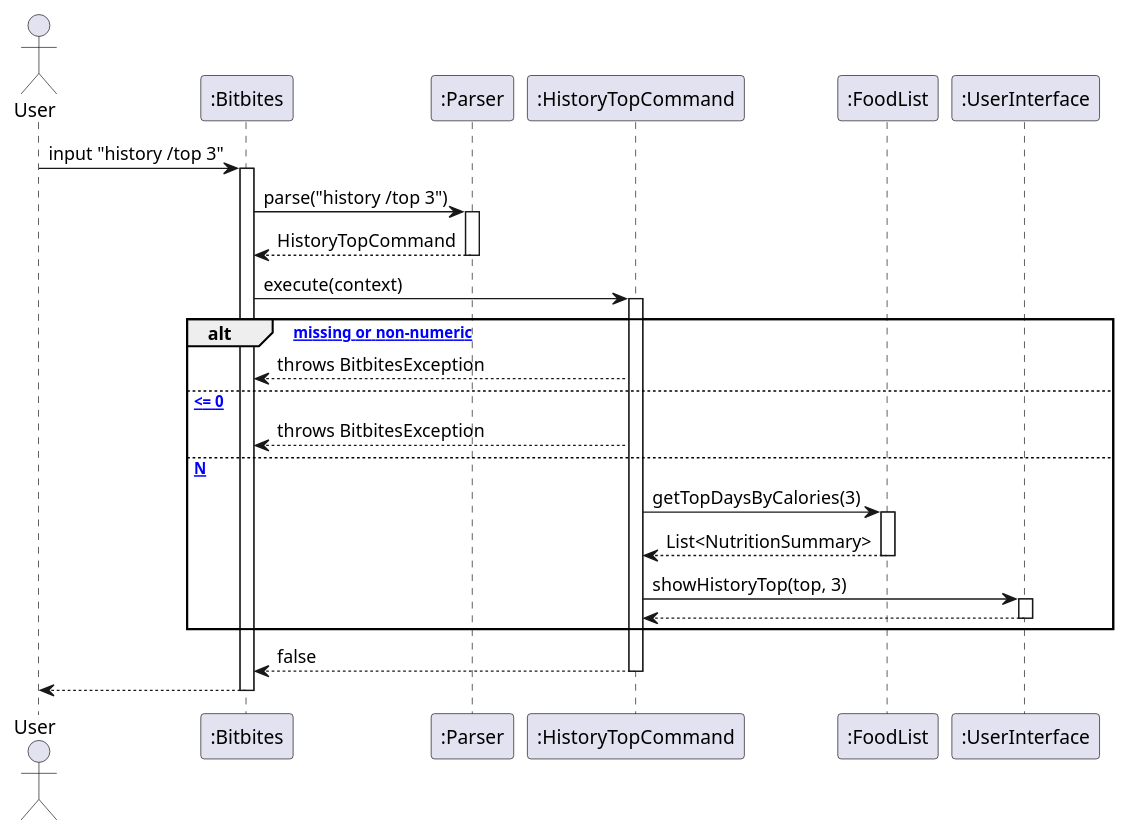
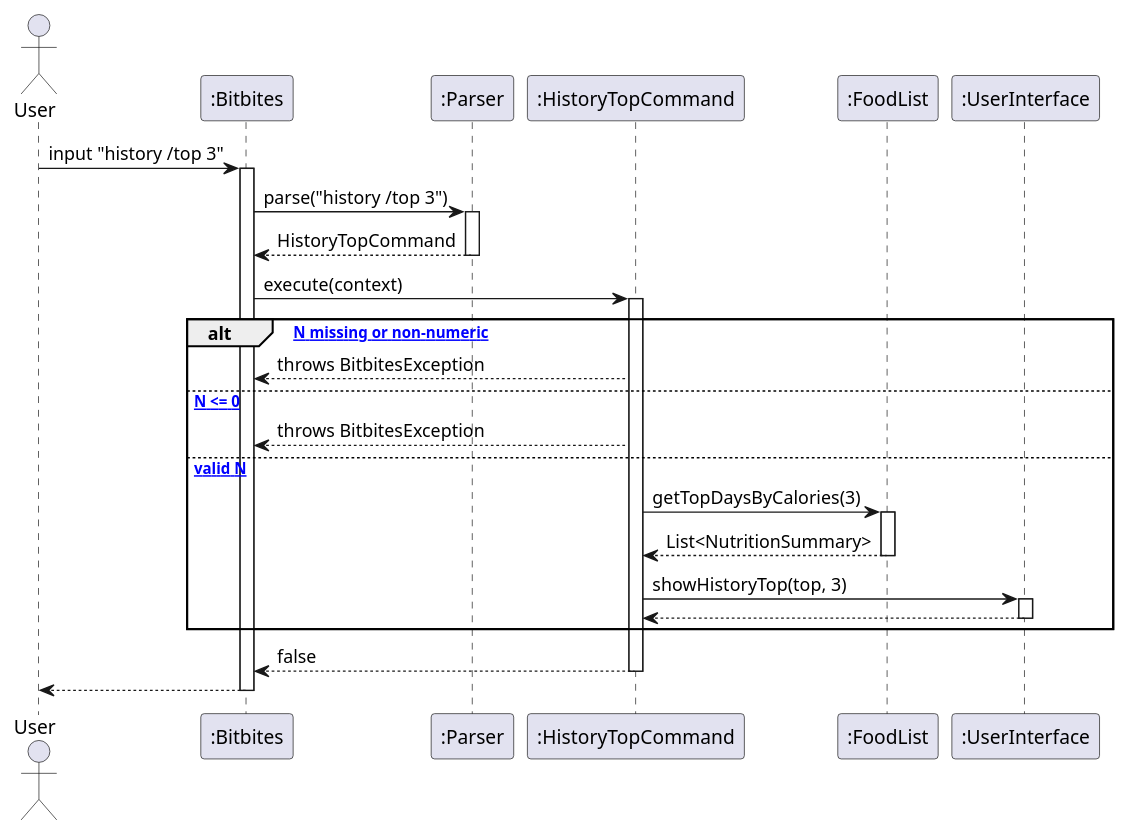
The diagram in docs/uml/histroy_top.puml (bryanyeo3125/tp), drawn with PlantUML before and after one commit. The commit also changed 15 other files, not shown here.

Commit message:
Update UML

```diff
--- a/docs/uml/histroy_top.puml
+++ b/docs/uml/histroy_top.puml
@@ -1,41 +1,41 @@
 @startuml
 actor User
 participant ":Bitbites" as Bitbites
 participant ":Parser" as Parser
 participant ":HistoryTopCommand" as HistoryTopCommand
 participant ":FoodList" as FoodList
 participant ":UserInterface" as UI
 
 User -> Bitbites : input "history /top 3"
 activate Bitbites
 
 Bitbites -> Parser : parse("history /top 3")
 activate Parser
 Parser --> Bitbites : HistoryTopCommand
 deactivate Parser
 
 Bitbites -> HistoryTopCommand : execute(context)
 activate HistoryTopCommand
 
-alt [N missing or non-numeric]
+alt [* N missing or non-numeric]
   HistoryTopCommand --> Bitbites : throws BitbitesException
-else [N <= 0]
+else [* N <= 0]
   HistoryTopCommand --> Bitbites : throws BitbitesException
-else [valid N]
+else [* valid N]
   HistoryTopCommand -> FoodList : getTopDaysByCalories(3)
   activate FoodList
   FoodList --> HistoryTopCommand : List<NutritionSummary>
   deactivate FoodList
 
   HistoryTopCommand -> UI : showHistoryTop(top, 3)
   activate UI
   UI --> HistoryTopCommand
   deactivate UI
 end
 
 HistoryTopCommand --> Bitbites : false
 deactivate HistoryTopCommand
 
 Bitbites --> User
 deactivate Bitbites
 @enduml
```
